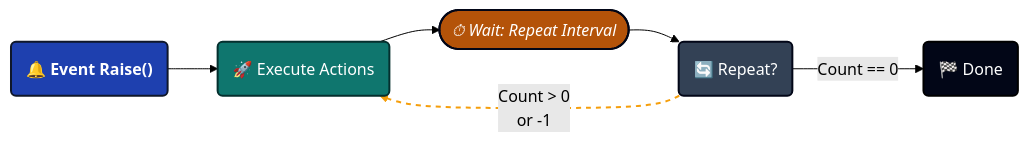
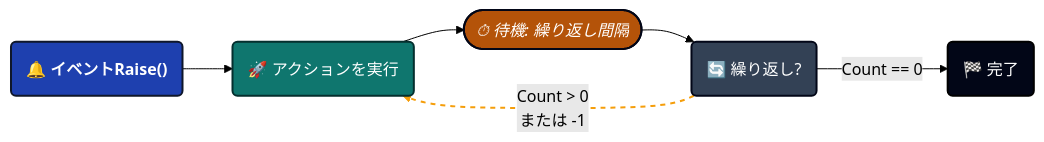
One commit to tinygiants-tech/TinyGiants changed the third of 5 diagrams in i18n/ja/docusaurus-plugin-content-docs/current/game-event-system/visual-workflow/game-event-behavior.md. Above: the diagram before and after it, drawn with Mermaid (forest theme). The commit also changed other lines of this file and 81 other files, not shown here.

````diff
--- a/i18n/ja/docusaurus-plugin-content-docs/current/game-event-system/visual-workflow/game-event-behavior.md
+++ b/i18n/ja/docusaurus-plugin-content-docs/current/game-event-system/visual-workflow/game-event-behavior.md
@@ -366,16 +361,16 @@
 ```mermaid
 graph LR
     classDef event fill:#1e40af,stroke:#0f172a,stroke-width:2px,color:#ffffff,font-weight:bold
     classDef action fill:#0f766e,stroke:#042f2e,stroke-width:2px,color:#ffffff
     classDef wait fill:#b45309,stroke:#020617,stroke-width:2px,color:#ffffff,font-style:italic
     classDef decision fill:#334155,stroke:#020617,stroke-width:2px,color:#ffffff
     classDef system fill:#020617,stroke:#000000,stroke-width:2px,color:#ffffff
 
-    A("🔔 Event Raise()"):::event --> B(🚀 Execute Actions):::action
-    B --> C([⏱ Wait: Repeat Interval]):::wait
-    C --> D(🔄 Repeat?):::decision
+    A("🔔 イベントRaise()"):::event --> B(🚀 アクションを実行):::action
+    B --> C([⏱ 待機: 繰り返し間隔]):::wait
+    C --> D(🔄 繰り返し?):::decision
     
-    D -- "Count > 0 <br/> or -1" --> B
-    D -- "Count == 0" --> E(🏁 Done):::system
+    D -- "Count > 0 <br/> または -1" --> B
+    D -- "Count == 0" --> E(🏁 完了):::system
     linkStyle 3 stroke:#f59e0b,stroke-width:2px,stroke-dasharray: 5 5
 ```
````
